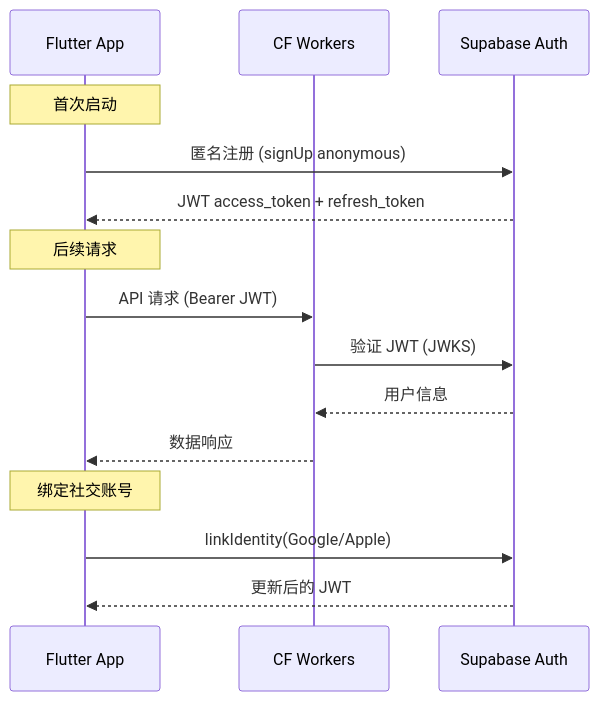
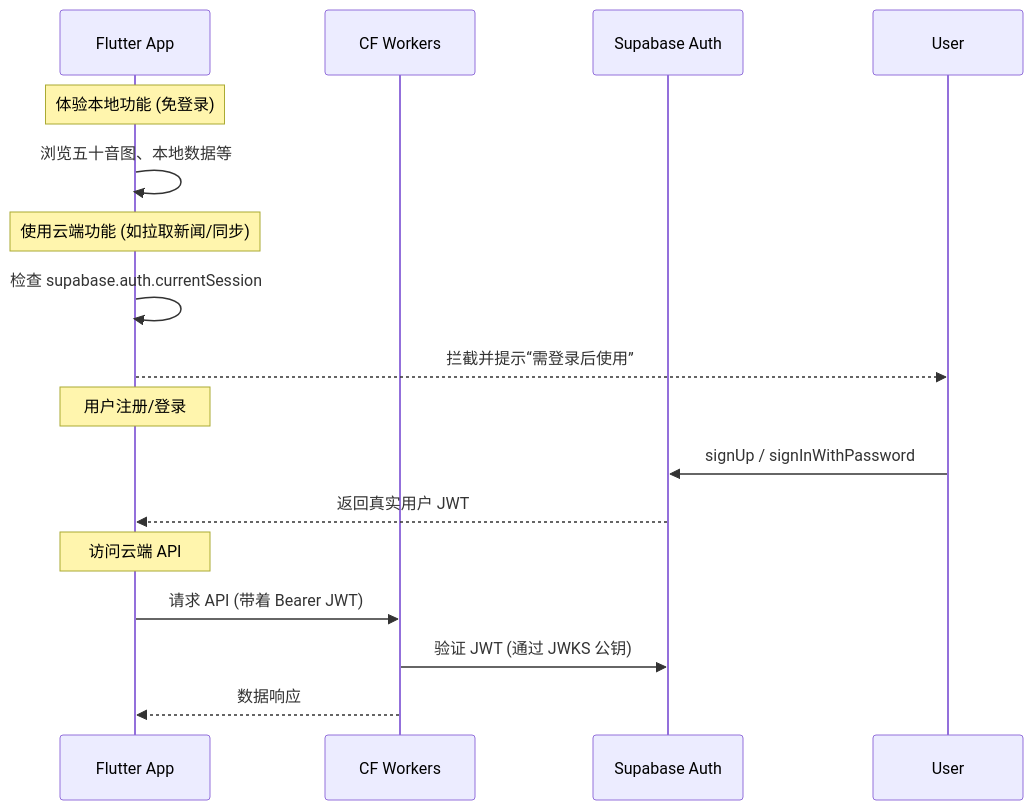
The second of 3 diagrams in backend/implementation_plan.md (Binary-Dracula/BreezeJP), drawn with Mermaid before and after one commit. The commit also changed other lines of this file and 4 other files, not shown here.

````diff
--- a/backend/implementation_plan.md
+++ b/backend/implementation_plan.md
@@ -79,20 +78,22 @@
 ```mermaid
 sequenceDiagram
     participant App as Flutter App
     participant CF as CF Workers
     participant Auth as Supabase Auth
 
-    Note over App: 首次启动
-    App->>Auth: 匿名注册 (signUp anonymous)
-    Auth-->>App: JWT access_token + refresh_token
+    Note over App: 体验本地功能 (免登录)
+    App->>App: 浏览五十音图、本地数据等
 
-    Note over App: 后续请求
-    App->>CF: API 请求 (Bearer JWT)
-    CF->>Auth: 验证 JWT (JWKS)
-    Auth-->>CF: 用户信息
+    Note over App: 使用云端功能 (如拉取新闻/同步)
+    App->>App: 检查 supabase.auth.currentSession
+    App-->>User: 拦截并提示“需登录后使用”
+    
+    Note over App: 用户注册/登录
+    User->>Auth: signUp / signInWithPassword
+    Auth-->>App: 返回真实用户 JWT
+    
+    Note over App: 访问云端 API
+    App->>CF: 请求 API (带着 Bearer JWT)
+    CF->>Auth: 验证 JWT (通过 JWKS 公钥)
     CF-->>App: 数据响应
-
-    Note over App: 绑定社交账号
-    App->>Auth: linkIdentity(Google/Apple)
-    Auth-->>App: 更新后的 JWT
 ```
````
